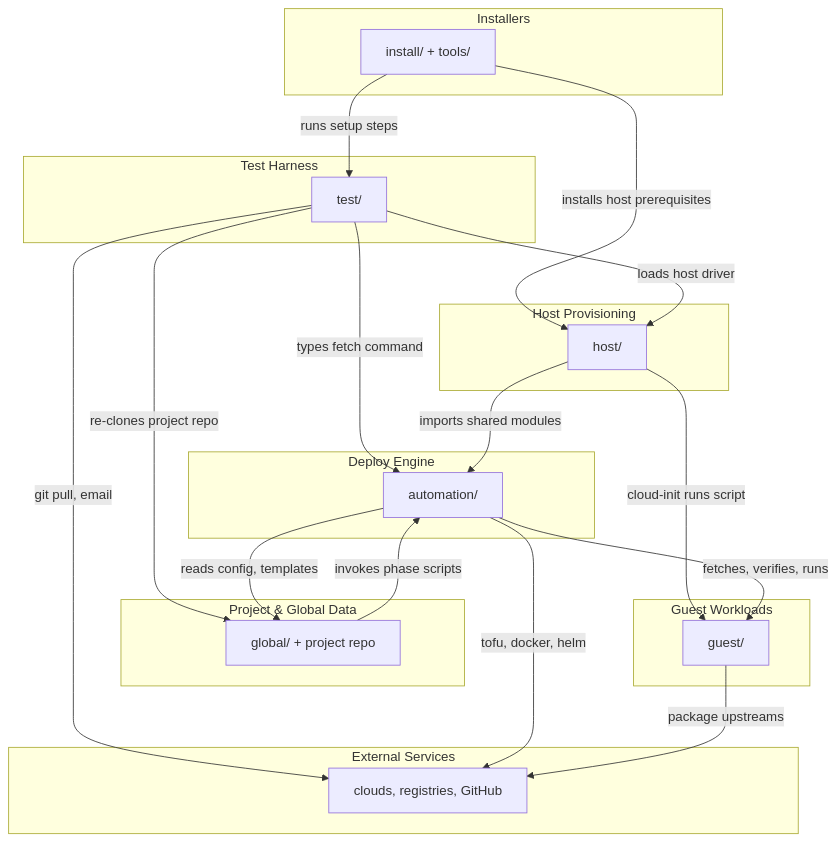
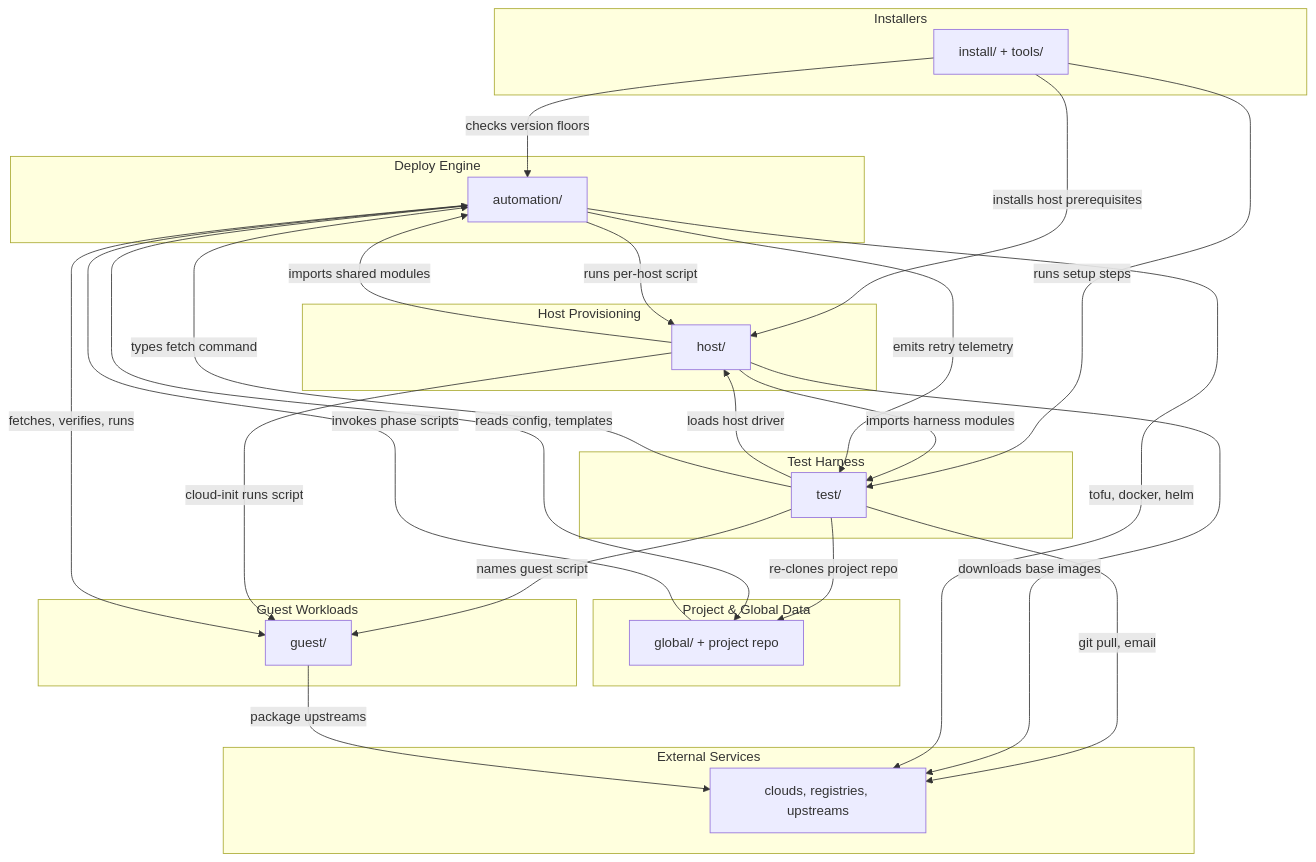
One commit to alissonsol/yuruna changed the diagram in docs/design/01-context-and-components.md. Above: the diagram before and after it, drawn with Mermaid. The commit also changed other lines of this file and 662 other files, not shown here.

````diff
--- a/docs/design/01-context-and-components.md
+++ b/docs/design/01-context-and-components.md
@@ -40,38 +42,44 @@
 ```mermaid
 flowchart TD
   subgraph deploy-engine["Deploy Engine"]
     automation["automation/"]
   end
   subgraph project-data["Project & Global Data"]
     project-trees["global/ + project repo"]
   end
   subgraph guest-workloads["Guest Workloads"]
     guest-scripts["guest/"]
   end
   subgraph host-provisioning["Host Provisioning"]
     host-drivers["host/"]
   end
   subgraph installers["Installers"]
     install-tools["install/ + tools/"]
   end
   subgraph test-harness["Test Harness"]
     test-tree["test/"]
   end
   subgraph external-services["External Services"]
-    external-endpoints["clouds, registries, GitHub"]
+    external-endpoints["clouds, registries, upstreams"]
   end
 
   install-tools -->|"installs host prerequisites"| host-drivers
   install-tools -->|"runs setup steps"| test-tree
+  install-tools -->|"checks version floors"| automation
   test-tree -->|"loads host driver"| host-drivers
   test-tree -->|"re-clones project repo"| project-trees
   test-tree -->|"types fetch command"| automation
+  test-tree -->|"names guest script"| guest-scripts
   test-tree -->|"git pull, email"| external-endpoints
   host-drivers -->|"imports shared modules"| automation
+  host-drivers -->|"imports harness modules"| test-tree
   host-drivers -->|"cloud-init runs script"| guest-scripts
+  host-drivers -->|"downloads base images"| external-endpoints
   automation -->|"fetches, verifies, runs"| guest-scripts
+  automation -->|"runs per-host script"| host-drivers
+  automation -->|"emits retry telemetry"| test-tree
   automation -->|"reads config, templates"| project-trees
   project-trees -->|"invokes phase scripts"| automation
   automation -->|"tofu, docker, helm"| external-endpoints
   guest-scripts -->|"package upstreams"| external-endpoints
 ```
````
